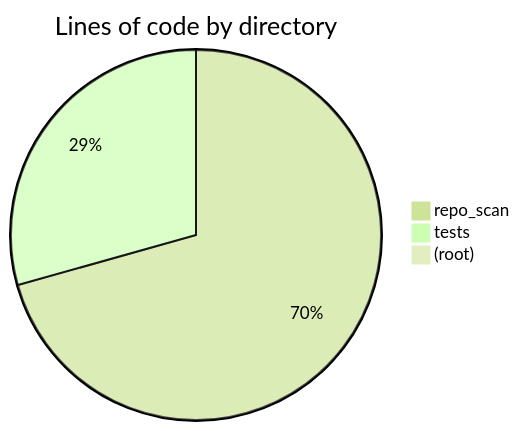
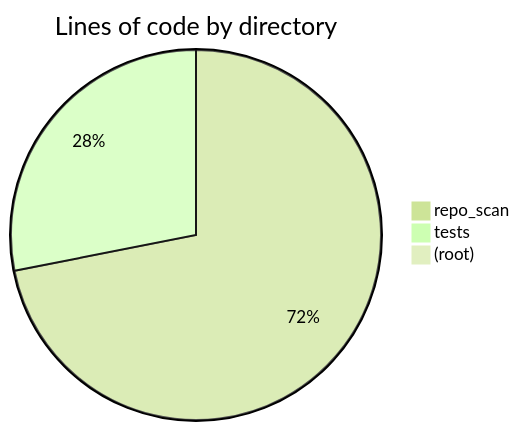
The first of 2 diagrams in docs/reports/health.md (hhleroy97/repo-scan), drawn with Mermaid (forest theme) before and after one commit. The commit also changed other lines of this file and 32 other files, not shown here.

````diff
--- a/docs/reports/health.md
+++ b/docs/reports/health.md
@@ -6,6 +6,6 @@
 ```mermaid
 pie title Lines of code by directory
-    "repo_scan" : 3219
-    "tests" : 1338
-    "(root)" : 29
+    "repo_scan" : 4087
+    "tests" : 1597
+    "(root)" : 30
 ```
````
